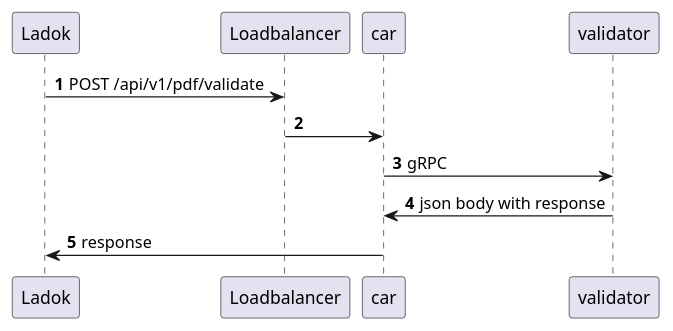
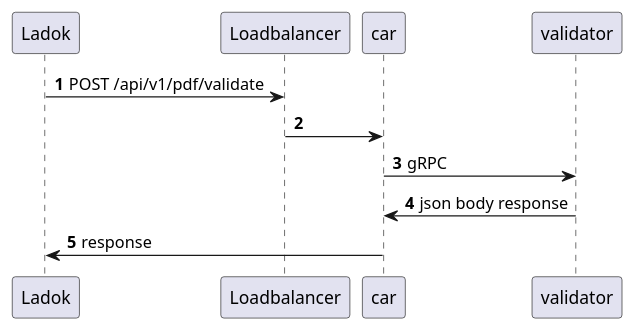
The diagram in docs/diagrams/validate.puml (SUNET/eduseal), drawn with PlantUML before and after one commit.

Commit message:
Sealing and validation diagram.

```diff
--- a/docs/diagrams/validate.puml
+++ b/docs/diagrams/validate.puml
@@ -1,13 +1,13 @@
 @startuml
 
 autonumber
 participant Ladok as ladok
 participant Loadbalancer as lb
 
 ladok -> lb: POST /api/v1/pdf/validate
 lb -> car: 
 car -> validator: gRPC
-validator -> car: json body with response
+validator -> car: json body response
 car -> ladok: response
 
 @enduml
```
